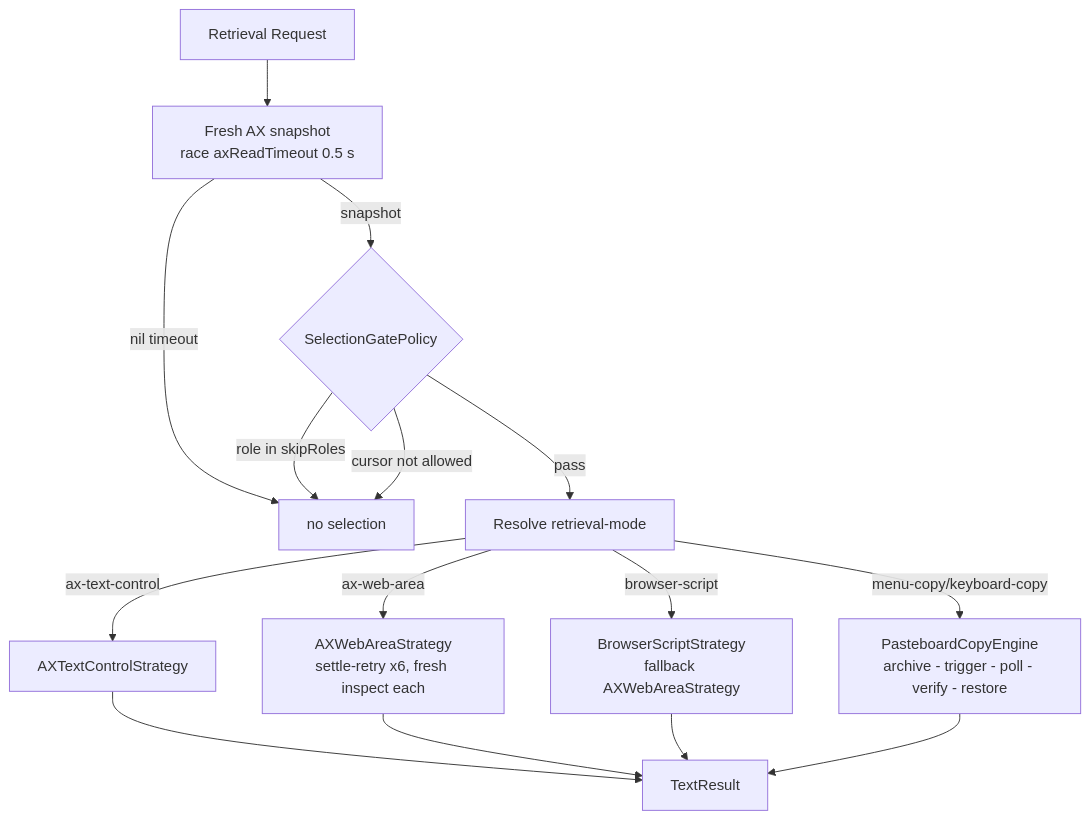
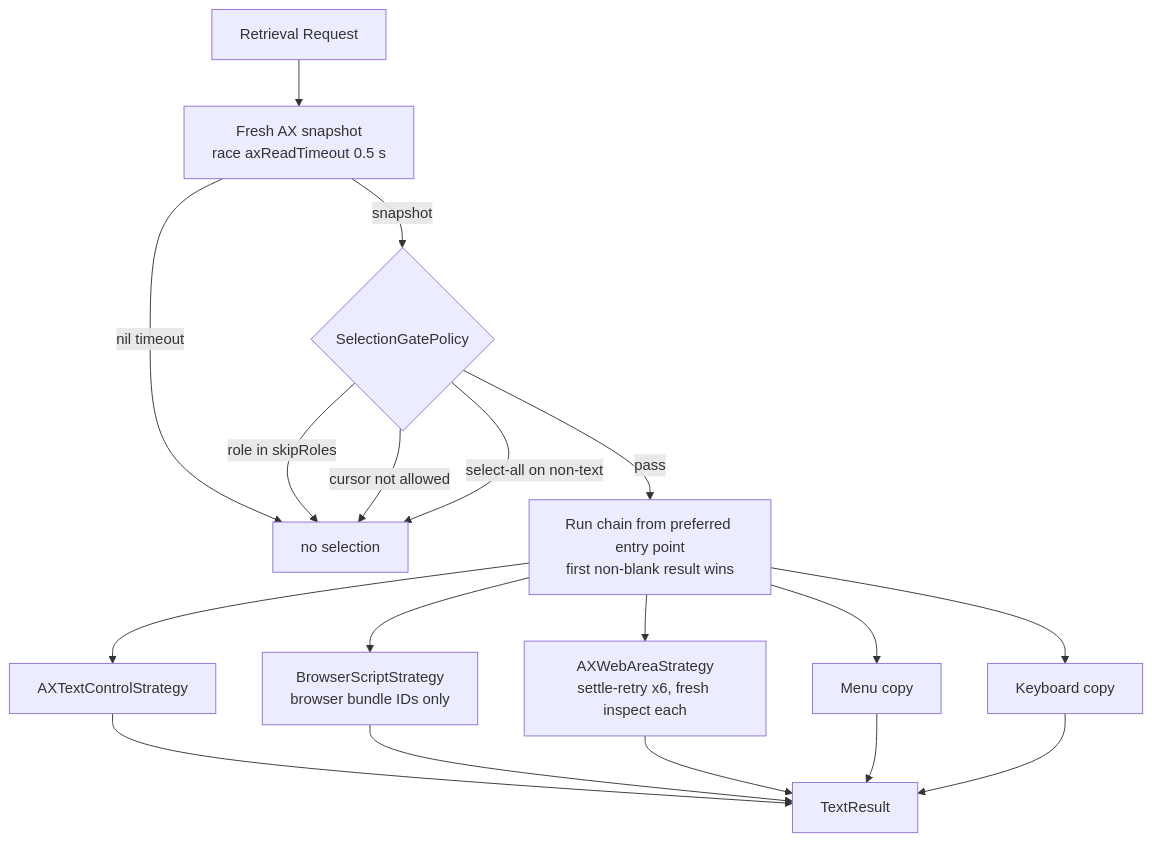
One commit to ganeshmshetty/openclip changed the diagram in docs/architecture/text-selection.md. Above: the diagram before and after it, drawn with Mermaid. The commit also changed other lines of this file and 15 other files, not shown here.

First line of the commit message:
feat(selection): canonical strategy chain, AXMenuNavigator, and synchronous pasteboard restore

````diff
--- a/docs/architecture/text-selection.md
+++ b/docs/architecture/text-selection.md
@@ -50,17 +55,20 @@
 ```mermaid
 flowchart TD
- Start[Retrieval Request] --> Inspect[Fresh AX snapshot<br/>race axReadTimeout 0.5 s]
- Inspect -- nil timeout --> Nil[no selection]
- Inspect -- snapshot --> Gate{SelectionGatePolicy}
- Gate -- role in skipRoles --> Nil
- Gate -- cursor not allowed --> Nil
- Gate -- pass --> Mode[Resolve retrieval-mode]
- Mode -- ax-text-control --> AXText[AXTextControlStrategy]
- Mode -- ax-web-area --> AXWeb[AXWebAreaStrategy<br/>settle-retry x6, fresh inspect each]
- Mode -- browser-script --> BS[BrowserScriptStrategy<br/>fallback AXWebAreaStrategy]
- Mode -- menu-copy/keyboard-copy --> Copy[PasteboardCopyEngine<br/>archive - trigger - poll - verify - restore]
- AXText --> Out[TextResult]
- AXWeb --> Out
- BS --> Out
- Copy --> Out
+  Start[Retrieval Request] --> Inspect[Fresh AX snapshot<br/>race axReadTimeout 0.5 s]
+  Inspect -- nil timeout --> Nil[no selection]
+  Inspect -- snapshot --> Gate{SelectionGatePolicy}
+  Gate -- role in skipRoles --> Nil
+  Gate -- cursor not allowed --> Nil
+  Gate -- select-all on non-text --> Nil
+  Gate -- pass --> Chain[Run chain from preferred entry point<br/>first non-blank result wins]
+  Chain --> AXText[AXTextControlStrategy]
+  Chain --> BS[BrowserScriptStrategy<br/>browser bundle IDs only]
+  Chain --> AXWeb[AXWebAreaStrategy<br/>settle-retry x6, fresh inspect each]
+  Chain --> MenuCopy[Menu copy]
+  Chain --> KBCopy[Keyboard copy]
+  AXText --> Out[TextResult]
+  BS --> Out
+  AXWeb --> Out
+  MenuCopy --> Out
+  KBCopy --> Out
 ```
````
